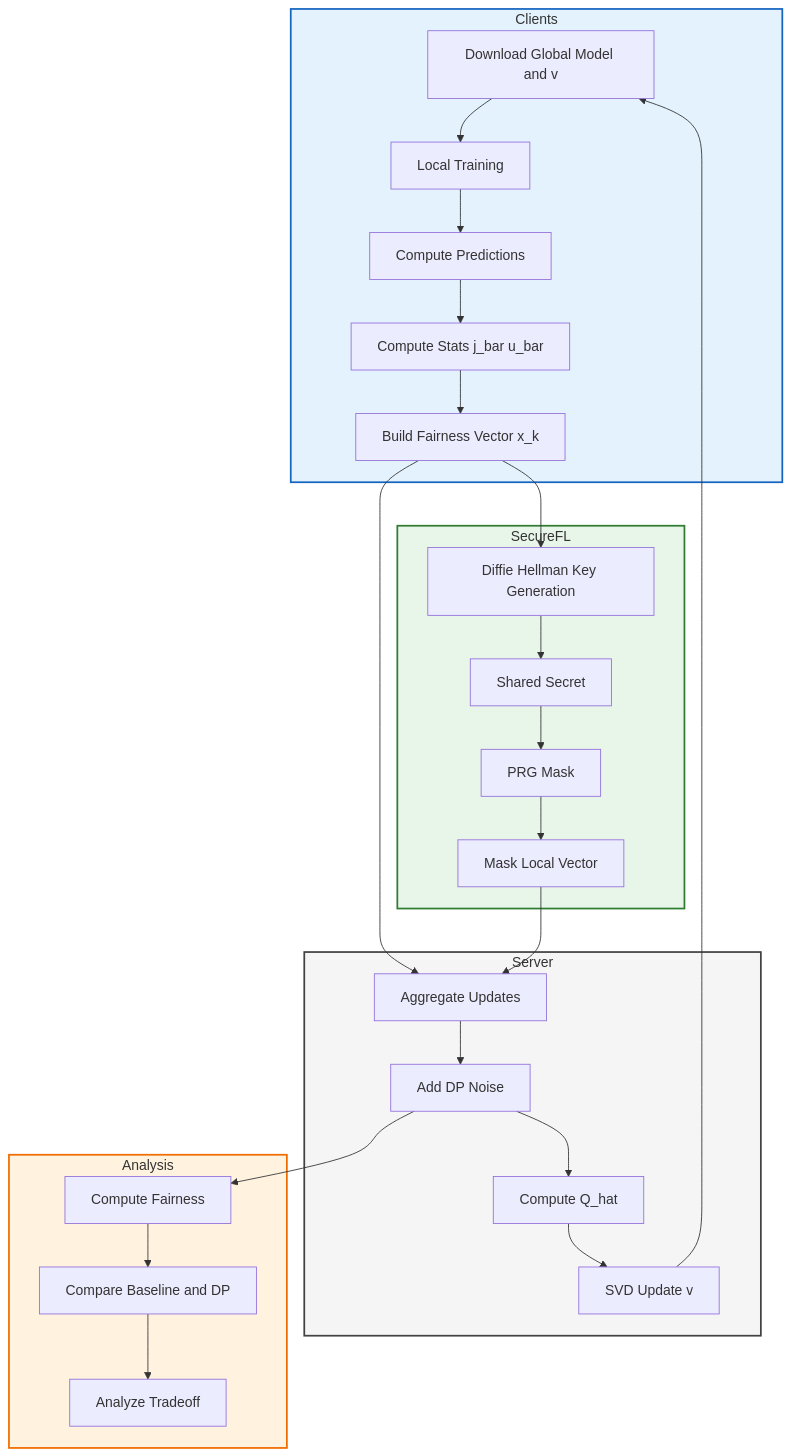
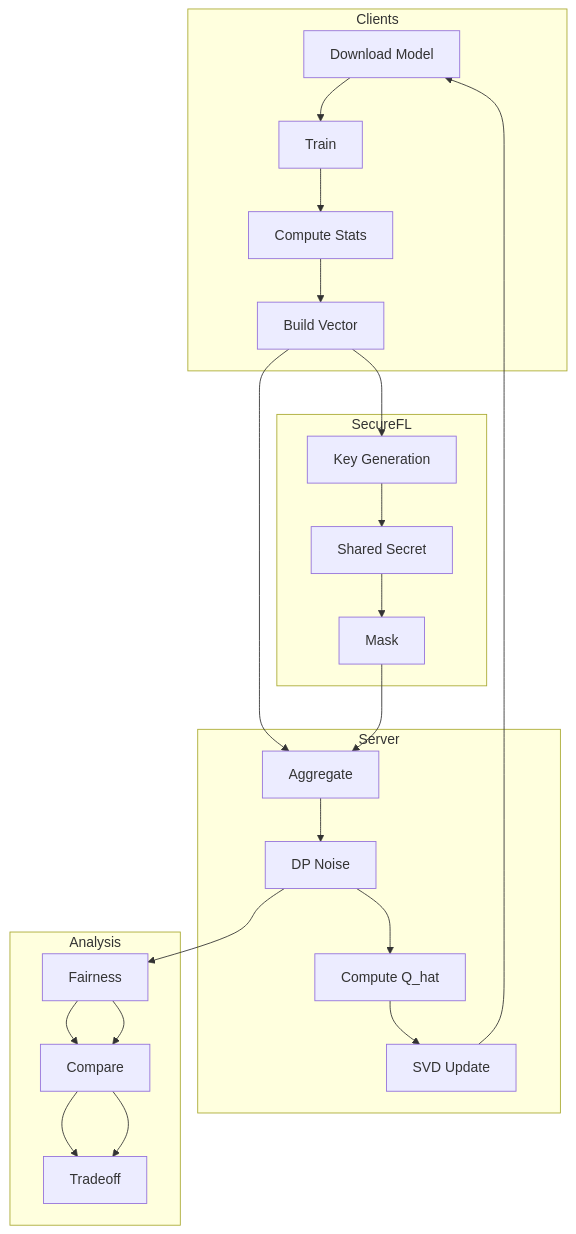
The sixth of 6 diagrams in README.md (aman010/Secure_FedRenyi), drawn with Mermaid before and after one commit. The commit also changed other lines of this file, not shown here.

````diff
--- a/README.md
+++ b/README.md
@@ -16,59 +82,36 @@
 ```mermaid
 graph TD
 
-%% ================= CLIENT SIDE =================
+%% CLIENTS
 subgraph Clients
-    C1[Download Global Model and v]
-    C2[Local Training]
-    C3[Compute Predictions]
-    C4[Compute Stats j_bar u_bar]
-    C5[Build Fairness Vector x_k]
+    C1[Download Model] --> C2[Train]
+    C2 --> C3[Compute Stats]
+    C3 --> C4[Build Vector]
 end
 
-%% ================= SECURE LAYER =================
+%% SECURE FL
 subgraph SecureFL
-    S1[Diffie Hellman Key Generation]
-    S2[Shared Secret]
-    S3[PRG Mask]
-    S4[Mask Local Vector]
+    S1[Key Generation] --> S2[Shared Secret]
+    S2 --> S3[Mask]
 end
 
-%% ================= SERVER =================
+%% SERVER
 subgraph Server
-    SV1[Aggregate Updates]
-    SV2[Add DP Noise]
-    SV3[Compute Q_hat]
-    SV4[SVD Update v]
+    SV1[Aggregate] --> SV2[DP Noise]
+    SV2 --> SV3[Compute Q_hat]
+    SV3 --> SV4[SVD Update]
 end
 
-%% ================= ANALYSIS =================
+%% ANALYSIS
 subgraph Analysis
-    A1[Compute Fairness]
-    A2[Compare Baseline and DP]
-    A3[Analyze Tradeoff]
+    A1[Fairness] --> A2[Compare] --> A3[Tradeoff]
 end
 
-%% ================= FLOW =================
-C1 --> C2 --> C3 --> C4 --> C5
+%% FLOW
+C4 --> SV1
+C4 --> S1
+S3 --> SV1
 
-%% baseline path
-C5 --> SV1
-
-%% secure path
-C5 --> S1 --> S2 --> S3 --> S4 --> SV1
-
-%% server pipeline
-SV1 --> SV2 --> SV3 --> SV4
-
-%% feedback loop
 SV4 --> C1
-
-%% analysis
 SV2 --> A1 --> A2 --> A3
-
-%% ================= STYLING =================
-style Clients fill:#e3f2fd,stroke:#1565c0,stroke-width:2px
-style SecureFL fill:#e8f5e9,stroke:#2e7d32,stroke-width:2px
-style Server fill:#f5f5f5,stroke:#424242,stroke-width:2px
-style Analysis fill:#fff3e0,stroke:#ef6c00,stroke-width:2px
 ```
````
